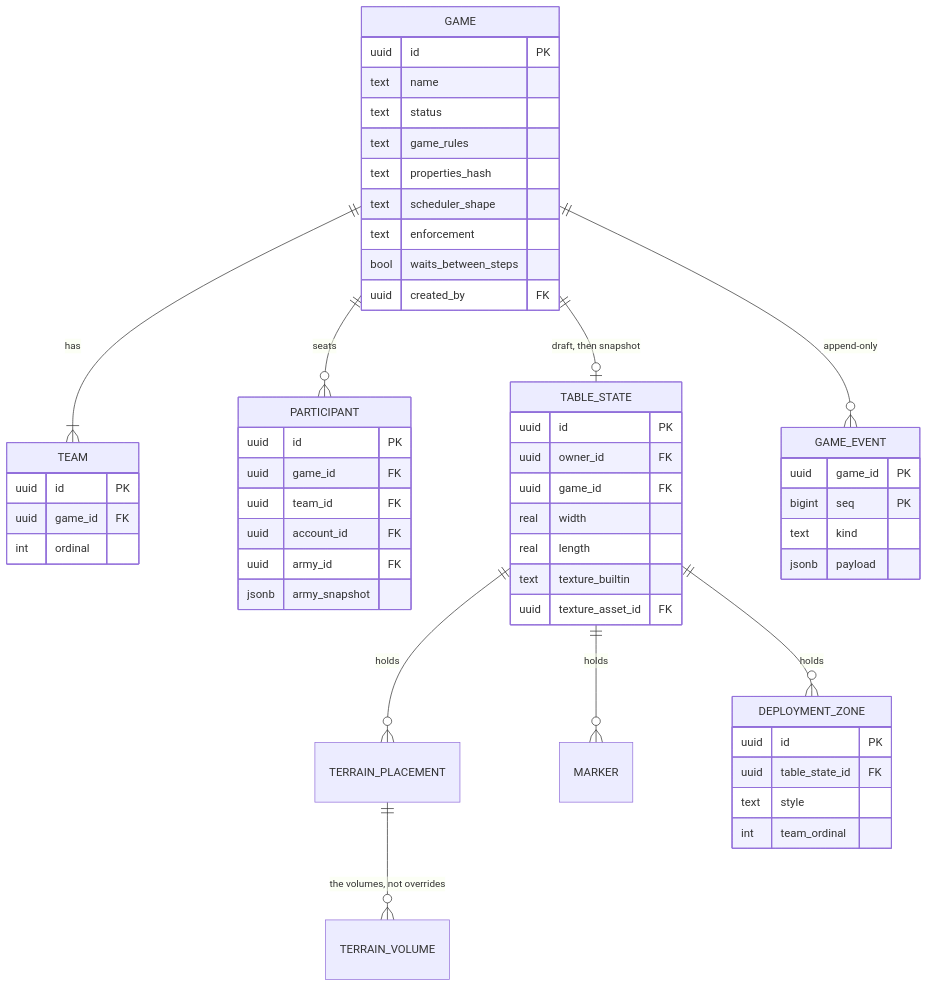
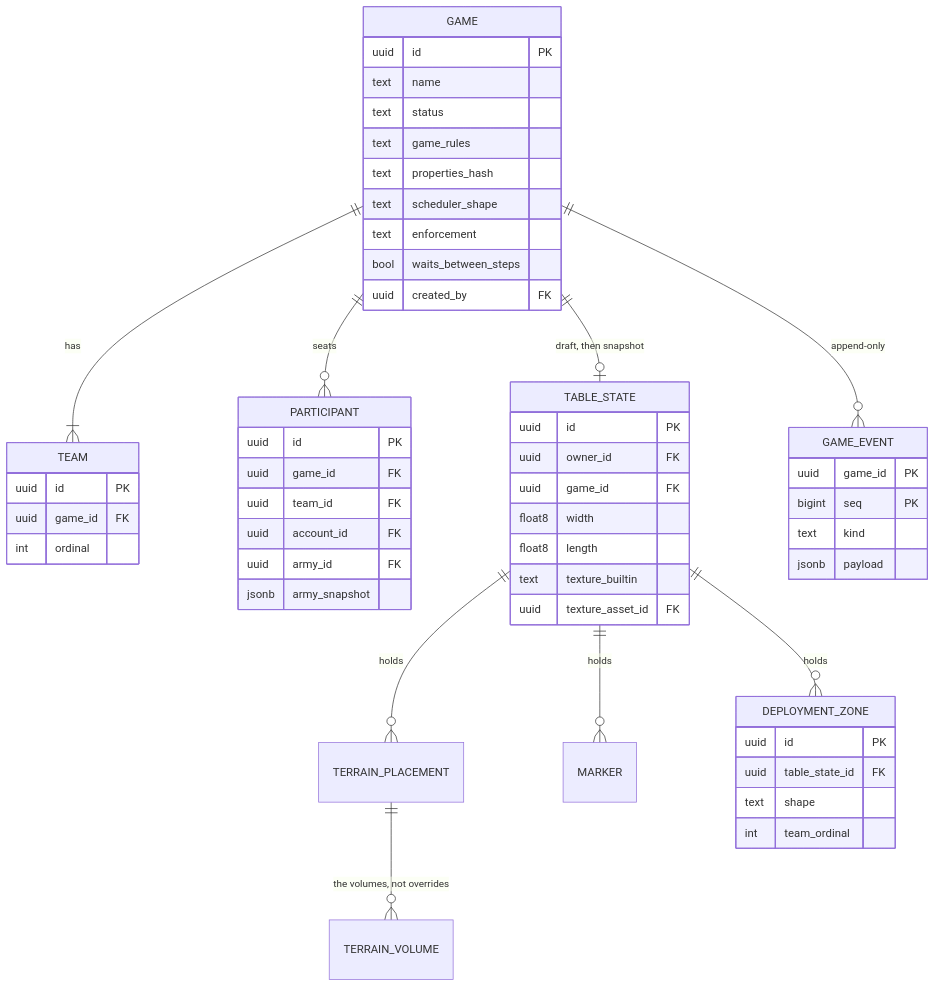
The tenth of 12 diagrams in docs/design/game-server/design.md (cstupi/tabletop), drawn with Mermaid before and after one commit. The commit also changed other lines of this file and 13 other files, not shown here.

Commit message:
Rule on the schema before step 2: shape column, double precision, FK indexes, search path

````diff
--- a/docs/design/game-server/design.md
+++ b/docs/design/game-server/design.md
@@ -970,56 +970,56 @@
 ```mermaid
 erDiagram
     GAME ||--|{ TEAM : has
     GAME ||--o{ PARTICIPANT : seats
     GAME ||--o| TABLE_STATE : "draft, then snapshot"
     GAME ||--o{ GAME_EVENT : "append-only"
     TABLE_STATE ||--o{ TERRAIN_PLACEMENT : holds
     TERRAIN_PLACEMENT ||--o{ TERRAIN_VOLUME : "the volumes, not overrides"
     TABLE_STATE ||--o{ MARKER : holds
     TABLE_STATE ||--o{ DEPLOYMENT_ZONE : holds
     GAME {
         uuid id PK
         text name
         text status
         text game_rules
         text properties_hash
         text scheduler_shape
         text enforcement
         bool waits_between_steps
         uuid created_by FK
     }
     TEAM {
         uuid id PK
         uuid game_id FK
         int ordinal
     }
     PARTICIPANT {
         uuid id PK
         uuid game_id FK
         uuid team_id FK
         uuid account_id FK
         uuid army_id FK
         jsonb army_snapshot
     }
     TABLE_STATE {
         uuid id PK
         uuid owner_id FK
         uuid game_id FK
-        real width
-        real length
+        float8 width
+        float8 length
         text texture_builtin
         uuid texture_asset_id FK
     }
     DEPLOYMENT_ZONE {
         uuid id PK
         uuid table_state_id FK
-        text style
+        text shape
         int team_ordinal
     }
     GAME_EVENT {
         uuid game_id PK
         bigint seq PK
         text kind
         jsonb payload
     }
 ```
````
